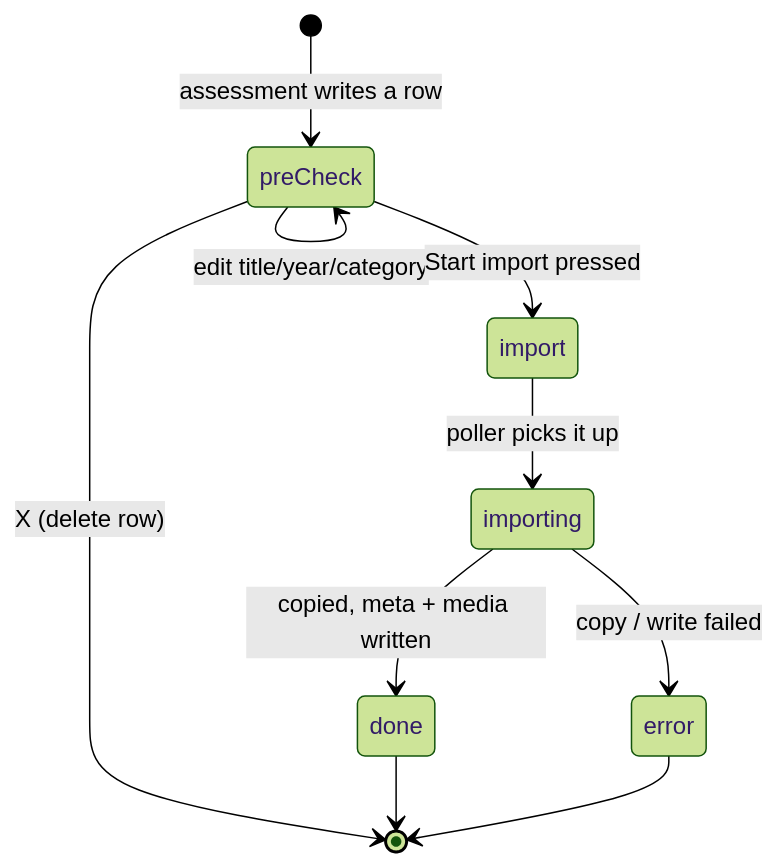
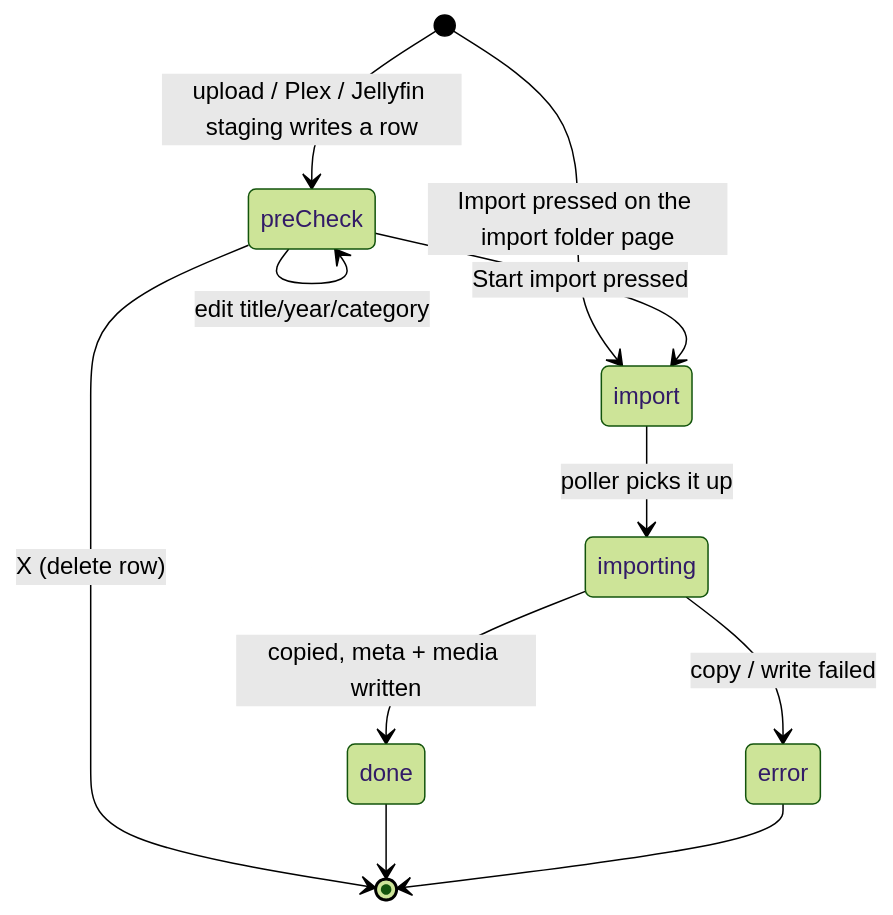
Before and after one commit to xuedi/FileFin: the second of 2 diagrams in docs/import.md, drawn with Mermaid (forest theme). The commit also changed other lines of this file and 19 other files, not shown here.

````diff
--- a/docs/import.md
+++ b/docs/import.md
@@ -82,12 +102,13 @@
 ```mermaid
 stateDiagram-v2
-    [*] --> preCheck: assessment writes a row
+    [*] --> import: Import pressed on the import folder page
+    [*] --> preCheck: upload / Plex / Jellyfin staging writes a row
     preCheck --> preCheck: edit title/year/category
     preCheck --> [*]: X (delete row)
     preCheck --> import: Start import pressed
     import --> importing: poller picks it up
     importing --> done: copied, meta + media written
     importing --> error: copy / write failed
     done --> [*]
     error --> [*]
 ```
````
